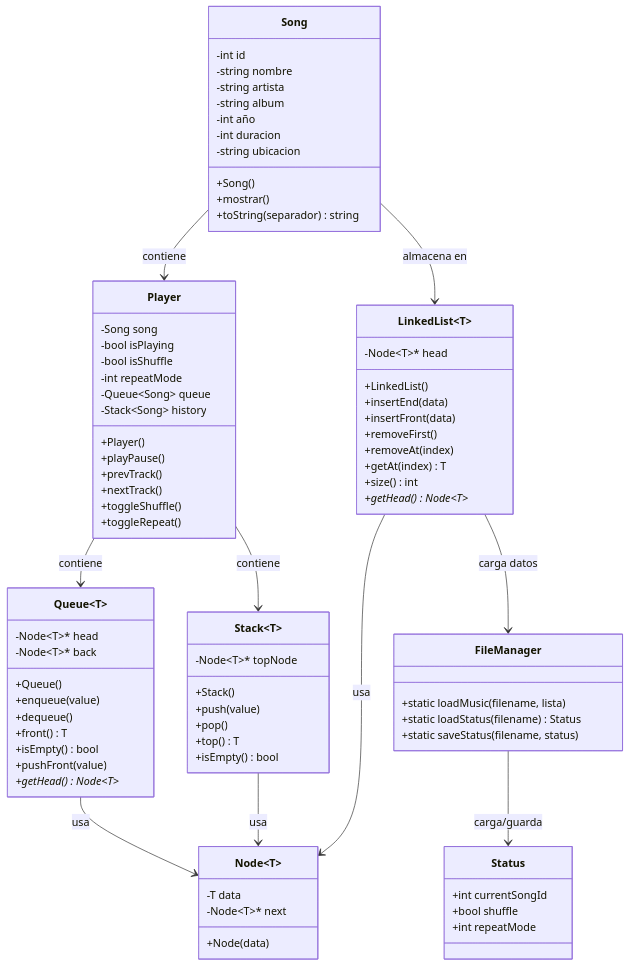
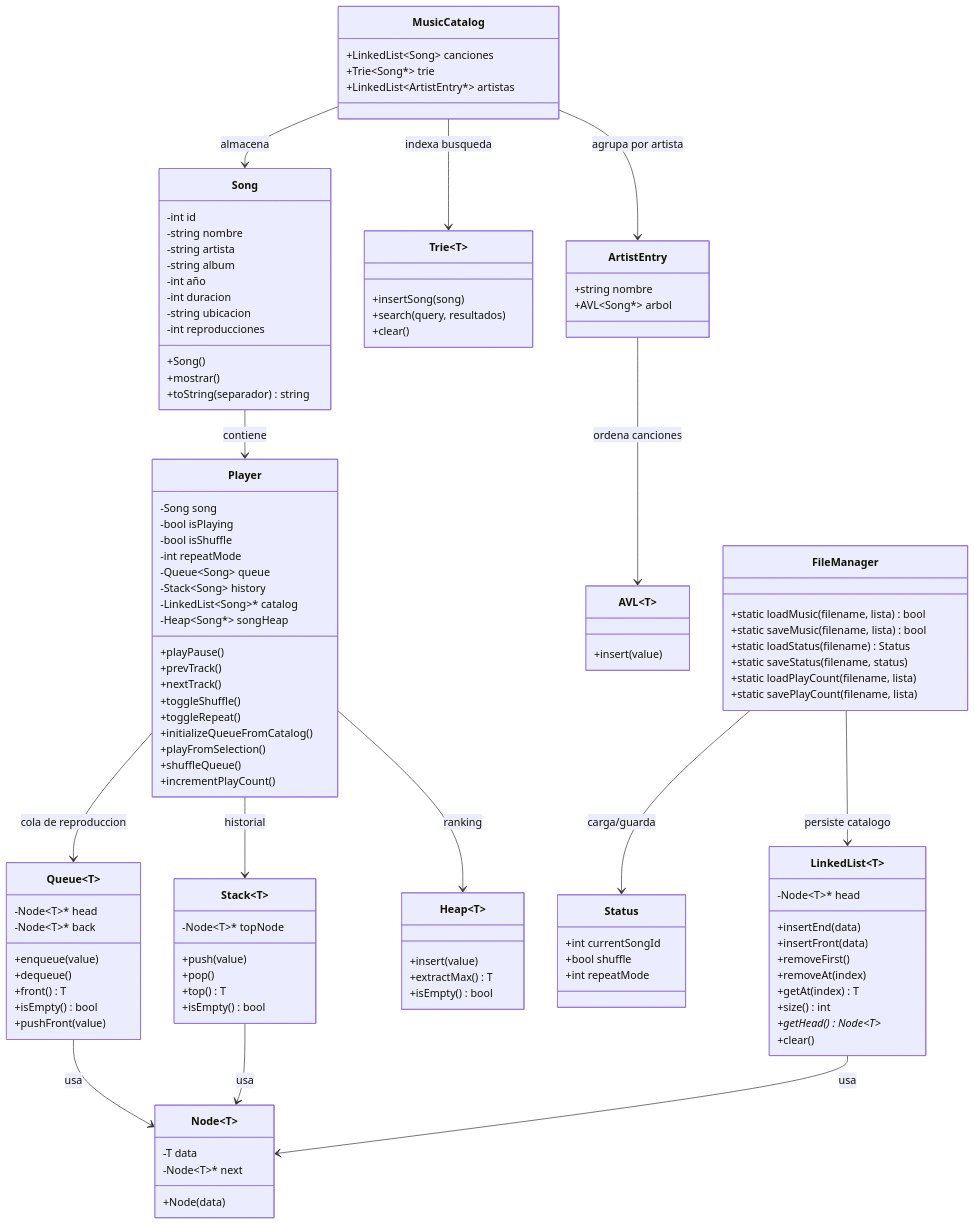
The diagram in README.md (Garaxlight/EDD-ReproductorMusica2), drawn with Mermaid before and after one commit. The commit also changed other lines of this file, not shown here.

````diff
--- a/README.md
+++ b/README.md
@@ -30,6 +36,7 @@
         -int año
         -int duracion
         -string ubicacion
+        -int reproducciones
         +Song()
         +mostrar()
         +toString(separador) string
@@ -42,12 +49,28 @@
         -int repeatMode
         -Queue~Song~ queue
         -Stack~Song~ history
-        +Player()
+        -LinkedList~Song~* catalog
+        -Heap~Song*~ songHeap
         +playPause()
         +prevTrack()
         +nextTrack()
         +toggleShuffle()
         +toggleRepeat()
+        +initializeQueueFromCatalog()
+        +playFromSelection()
+        +shuffleQueue()
+        +incrementPlayCount()
+    }
+
+    class MusicCatalog {
+        +LinkedList~Song~ canciones
+        +Trie~Song*~ trie
+        +LinkedList~ArtistEntry*~ artistas
+    }
+
+    class ArtistEntry {
+        +string nombre
+        +AVL~Song*~ arbol
     }
 
     class Node~T~ {
@@ -58,7 +81,6 @@
 
     class LinkedList~T~ {
         -Node~T~* head
-        +LinkedList()
         +insertEnd(data)
         +insertFront(data)
         +removeFirst()
@@ -66,27 +88,41 @@
         +getAt(index) T
         +size() int
         +getHead() Node~T~*
+        +clear()
     }
 
     class Queue~T~ {
         -Node~T~* head
         -Node~T~* back
-        +Queue()
         +enqueue(value)
         +dequeue()
         +front() T
         +isEmpty() bool
         +pushFront(value)
-        +getHead() Node~T~*
     }
 
     class Stack~T~ {
         -Node~T~* topNode
-        +Stack()
         +push(value)
         +pop()
         +top() T
         +isEmpty() bool
+    }
+
+    class Heap~T~ {
+        +insert(value)
+        +extractMax() T
+        +isEmpty() bool
+    }
+
+    class Trie~T~ {
+        +insertSong(song)
+        +search(query, resultados)
+        +clear()
+    }
+
+    class AVL~T~ {
+        +insert(value)
     }
 
     class Status {
@@ -96,18 +132,25 @@
     }
 
     class FileManager {
-        +static loadMusic(filename, lista)
+        +static loadMusic(filename, lista) bool
+        +static saveMusic(filename, lista) bool
         +static loadStatus(filename) Status
         +static saveStatus(filename, status)
+        +static loadPlayCount(filename, lista)
+        +static savePlayCount(filename, lista)
     }
 
     Song --> Player : contiene
-    Song --> LinkedList~T~ : almacena en
-    Player --> Queue~Song~ : contiene
-    Player --> Stack~Song~ : contiene
+    MusicCatalog --> Song : almacena
+    MusicCatalog --> Trie~Song*~ : indexa busqueda
+    MusicCatalog --> ArtistEntry : agrupa por artista
+    ArtistEntry --> AVL~Song*~ : ordena canciones
+    Player --> Queue~Song~ : cola de reproduccion
+    Player --> Stack~Song~ : historial
+    Player --> Heap~Song*~ : ranking
     LinkedList~T~ --> Node~T~ : usa
     Queue~T~ --> Node~T~ : usa
     Stack~T~ --> Node~T~ : usa
-    LinkedList~T~ --> FileManager : carga datos
     FileManager --> Status : carga/guarda
+    FileManager --> LinkedList~Song~ : persiste catalogo
 ```
````
